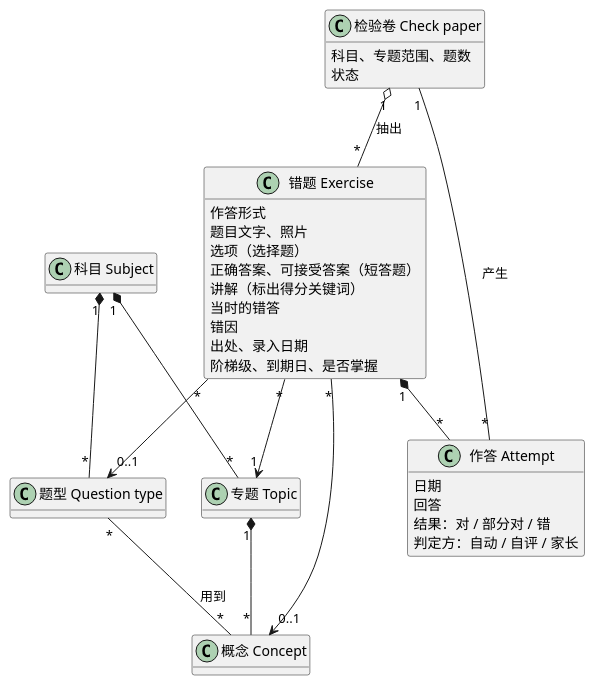
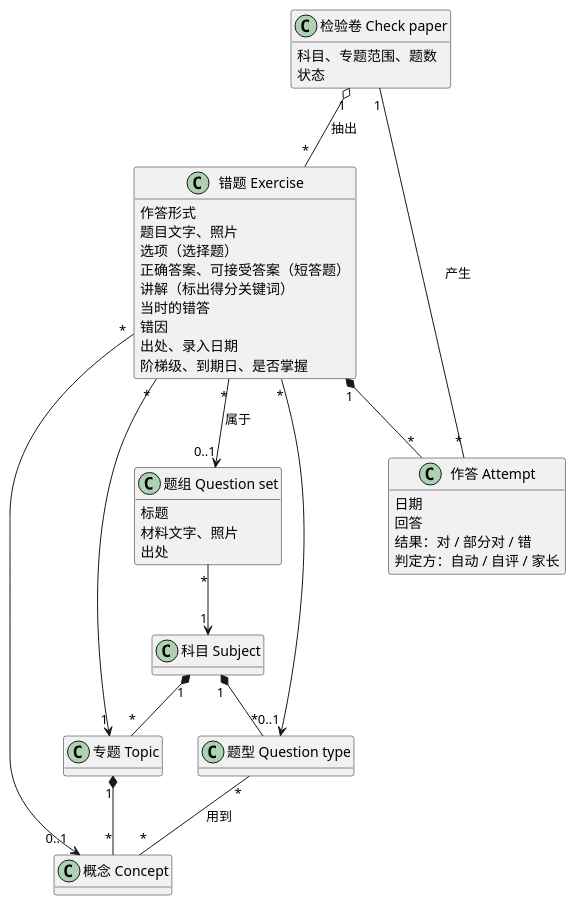
Before and after one commit to lengthlong/exercise_arena: the first of 2 diagrams in domain/OVERVIEW.md, drawn with PlantUML. The commit also changed other lines of this file and 9 other files, not shown here.

````diff
--- a/domain/OVERVIEW.md
+++ b/domain/OVERVIEW.md
@@ -7,40 +7,47 @@
 ```plantuml
 @startuml
 hide empty methods
 class "错题 Exercise" as Exercise {
   作答形式
   题目文字、照片
   选项（选择题）
   正确答案、可接受答案（短答题）
   讲解（标出得分关键词）
   当时的错答
   错因
   出处、录入日期
   阶梯级、到期日、是否掌握
 }
 class "科目 Subject" as Subject
 class "专题 Topic" as Topic
 class "概念 Concept" as Concept
 class "题型 Question type" as QType
 class "作答 Attempt" as Attempt {
   日期
   回答
   结果：对 / 部分对 / 错
   判定方：自动 / 自评 / 家长
 }
+class "题组 Question set" as QSet {
+  标题
+  材料文字、照片
+  出处
+}
 class "检验卷 Check paper" as Paper {
   科目、专题范围、题数
   状态
 }
 Subject "1" *-- "*" Topic
 Topic "1" *-- "*" Concept
 Subject "1" *-- "*" QType
 QType "*" -- "*" Concept : 用到
 Exercise "*" --> "1" Topic
 Exercise "*" --> "0..1" Concept
 Exercise "*" --> "0..1" QType
+Exercise "*" --> "0..1" QSet : 属于
+QSet "*" --> "1" Subject
 Exercise "1" *-- "*" Attempt
 Paper "1" o-- "*" Exercise : 抽出
 Paper "1" -- "*" Attempt : 产生
 @enduml
 ```
````
